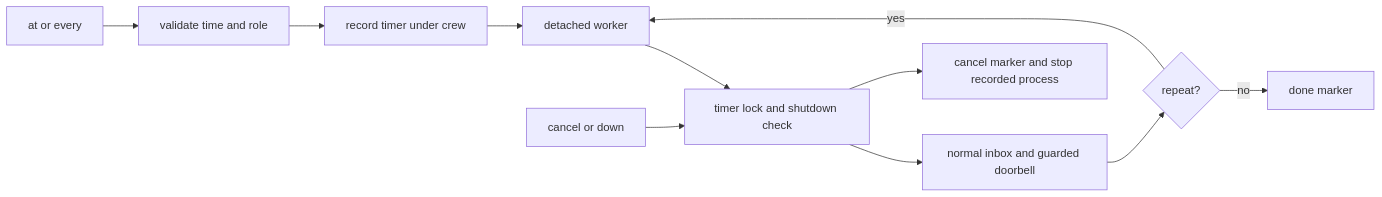
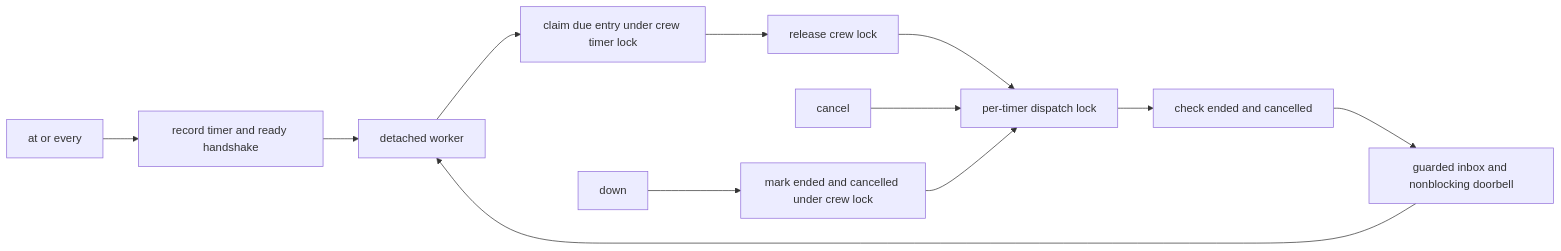
One commit to mifwar/crew changed the diagram in lode/cli/timers.md. Above: the diagram before and after it, drawn with Mermaid. The commit also changed other lines of this file and 9 other files, not shown here.

Commit message:
fix: bound timer dispatch and startup lifetime

````diff
--- a/lode/cli/timers.md
+++ b/lode/cli/timers.md
@@ -29,13 +29,14 @@
 ```mermaid
 flowchart LR
-  add[at or every] --> validate[validate time and role]
-  validate --> files[record timer under crew]
+  add[at or every] --> files[record timer and ready handshake]
   files --> worker[detached worker]
-  worker --> lock[timer lock and shutdown check]
-  lock --> deliver[normal inbox and guarded doorbell]
-  deliver --> next{repeat?}
-  next -- yes --> worker
-  next -- no --> done[done marker]
-  cancel[cancel or down] --> lock
-  lock --> stop[cancel marker and stop recorded process]
+  worker --> claim[claim due entry under crew timer lock]
+  claim --> release[release crew lock]
+  release --> dispatch[per-timer dispatch lock]
+  dispatch --> check[check ended and cancelled]
+  check --> deliver[guarded inbox and nonblocking doorbell]
+  deliver --> worker
+  cancel[cancel] --> dispatch
+  down[down] --> mark[mark ended and cancelled under crew lock]
+  mark --> dispatch
 ```
````
